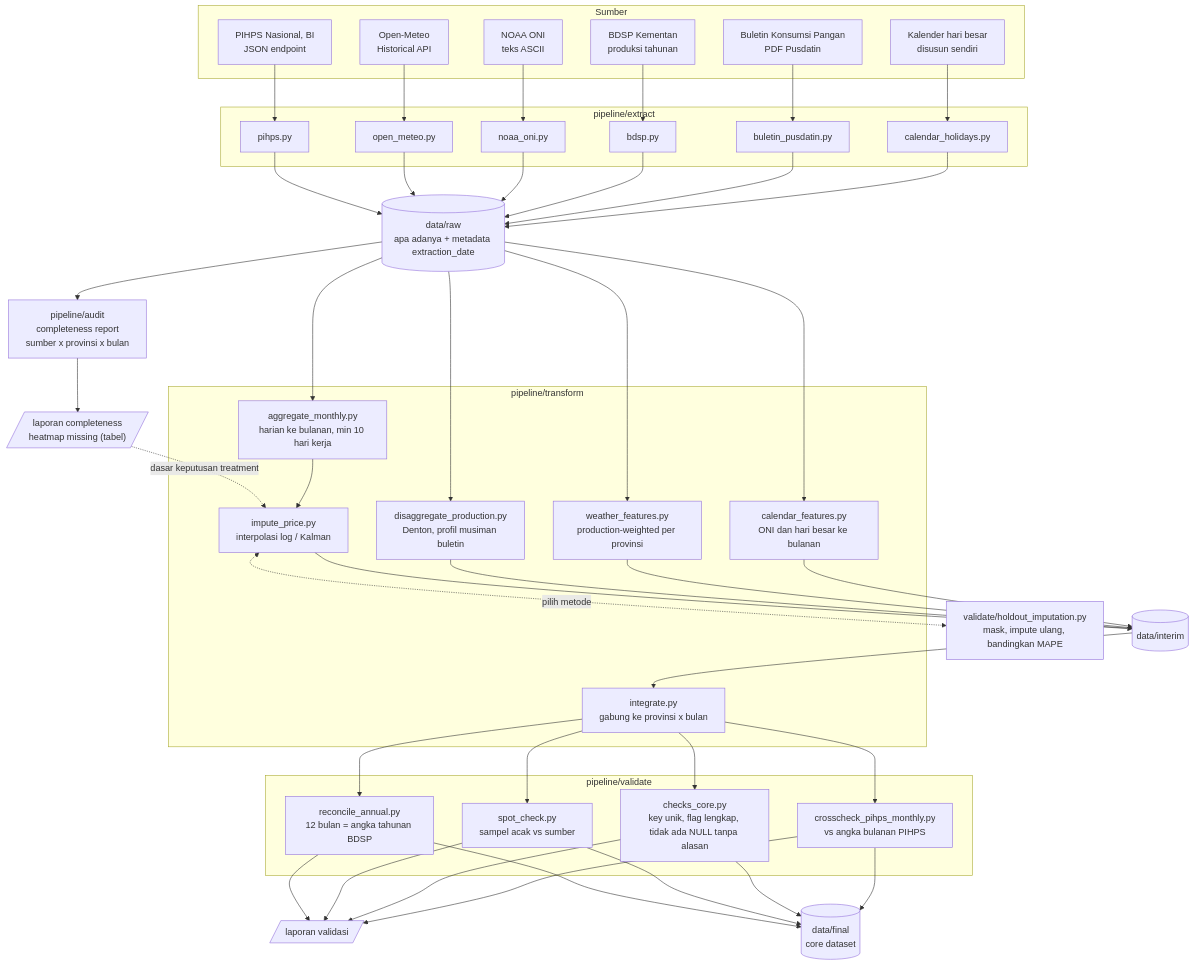
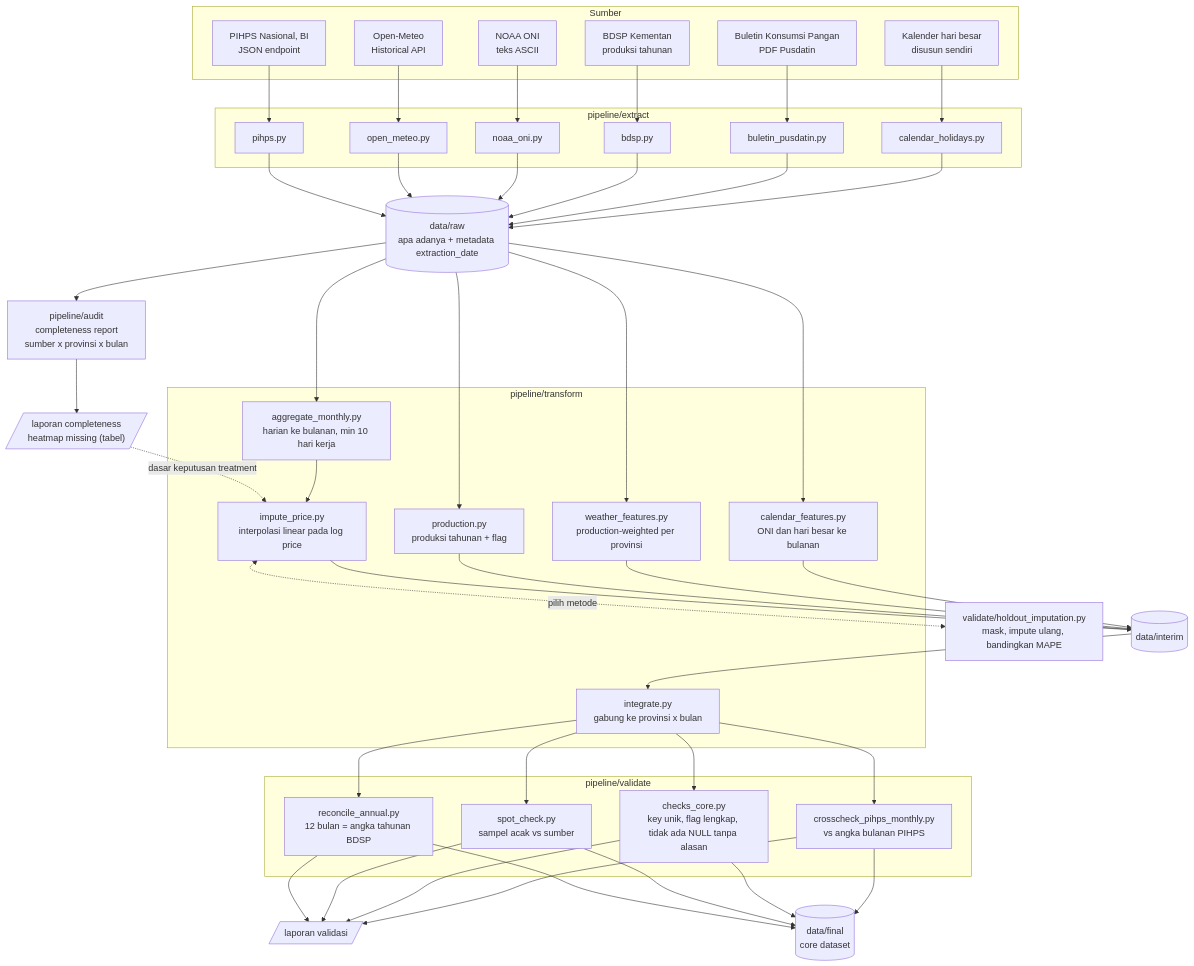
Before and after one commit to MuhammadFaskulFatan/cabai-price-spike: the diagram in docs/03_data_flow.md, drawn with Mermaid. The commit also changed other lines of this file and 25 other files, not shown here.

Commit message:
Phase 4 decisions: linear-only imputation (D-43), annual production in core (D-42), holiday source_level (D-46), H2/H4 sensitivity rule (D-44)

````diff
--- a/docs/03_data_flow.md
+++ b/docs/03_data_flow.md
@@ -13,73 +13,73 @@
 ```mermaid
 flowchart TD
     subgraph SRC["Sumber"]
         S1["PIHPS Nasional, BI<br/>JSON endpoint"]
         S2["Open-Meteo<br/>Historical API"]
         S3["NOAA ONI<br/>teks ASCII"]
         S4["BDSP Kementan<br/>produksi tahunan"]
         S5["Buletin Konsumsi Pangan<br/>PDF Pusdatin"]
         S6["Kalender hari besar<br/>disusun sendiri"]
     end
 
     subgraph EXTRACT["pipeline/extract"]
         E1["pihps.py"]
         E2["open_meteo.py"]
         E3["noaa_oni.py"]
         E4["bdsp.py"]
         E5["buletin_pusdatin.py"]
         E6["calendar_holidays.py"]
     end
 
     RAW[("data/raw<br/>apa adanya + metadata extraction_date")]
 
     AUDIT["pipeline/audit<br/>completeness report<br/>sumber x provinsi x bulan"]
     AUDITOUT[/"laporan completeness<br/>heatmap missing (tabel)"/]
 
     subgraph TRANSFORM["pipeline/transform"]
         T1["aggregate_monthly.py<br/>harian ke bulanan, min 10 hari kerja"]
-        T2["impute_price.py<br/>interpolasi log / Kalman"]
-        T3["disaggregate_production.py<br/>Denton, profil musiman buletin"]
+        T2["impute_price.py<br/>interpolasi linear pada log price"]
+        T3["production.py<br/>produksi tahunan + flag"]
         T4["weather_features.py<br/>production-weighted per provinsi"]
         T5["calendar_features.py<br/>ONI dan hari besar ke bulanan"]
         T6["integrate.py<br/>gabung ke provinsi x bulan"]
     end
 
     INTERIM[("data/interim")]
     HOLDOUT["validate/holdout_imputation.py<br/>mask, impute ulang, bandingkan MAPE"]
 
     subgraph VALIDATE["pipeline/validate"]
         V1["reconcile_annual.py<br/>12 bulan = angka tahunan BDSP"]
         V2["spot_check.py<br/>sampel acak vs sumber"]
         V4["crosscheck_pihps_monthly.py<br/>vs angka bulanan PIHPS"]
         V3["checks_core.py<br/>key unik, flag lengkap, tidak ada NULL tanpa alasan"]
     end
 
     FINAL[("data/final<br/>core dataset")]
     REPORT[/"laporan validasi"/]
 
     S1 --> E1
     S2 --> E2
     S3 --> E3
     S4 --> E4
     S5 --> E5
     S6 --> E6
     E1 & E2 & E3 & E4 & E5 & E6 --> RAW
 
     RAW --> AUDIT --> AUDITOUT
     AUDITOUT -. "dasar keputusan treatment" .-> T2
 
     RAW --> T1 --> T2
     T2 <-. "pilih metode" .-> HOLDOUT
     RAW --> T3
     RAW --> T4
     RAW --> T5
     T2 --> INTERIM
     T3 --> INTERIM
     T4 --> INTERIM
     T5 --> INTERIM
     INTERIM --> T6
 
     T6 --> V1 & V2 & V3 & V4
     V1 & V2 & V3 & V4 --> REPORT
     V1 & V2 & V3 & V4 --> FINAL
 ```
````
